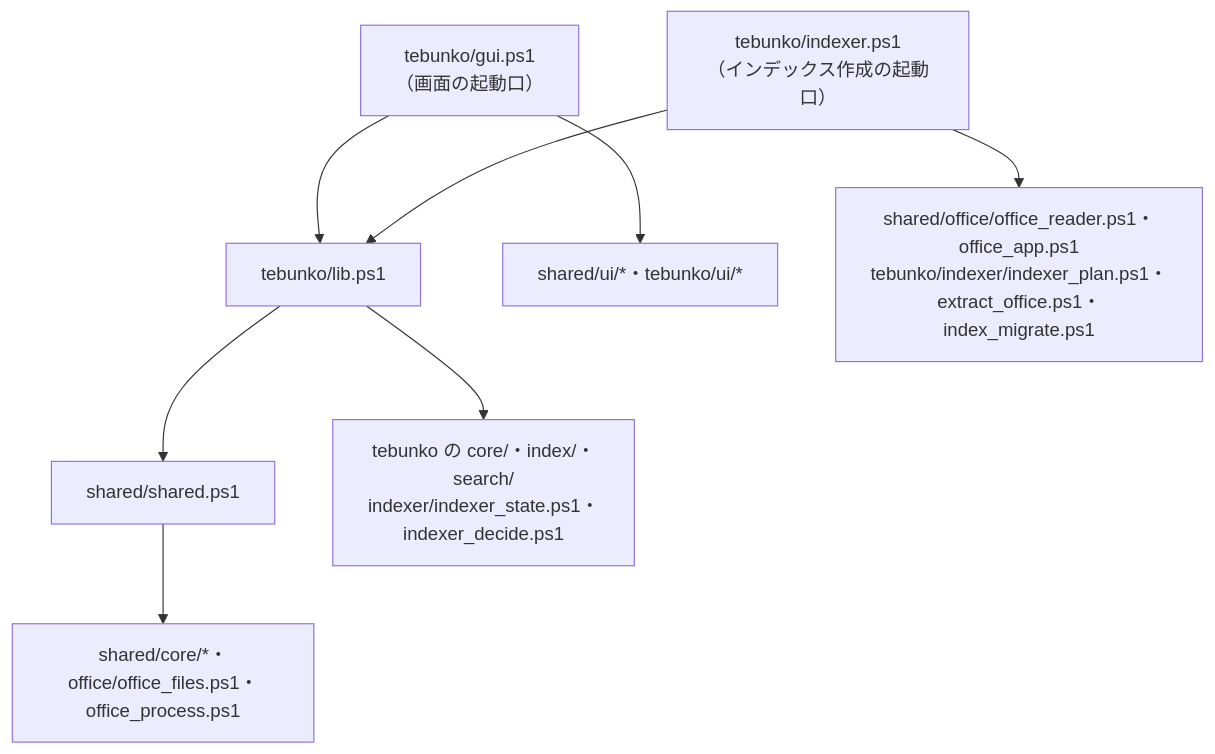
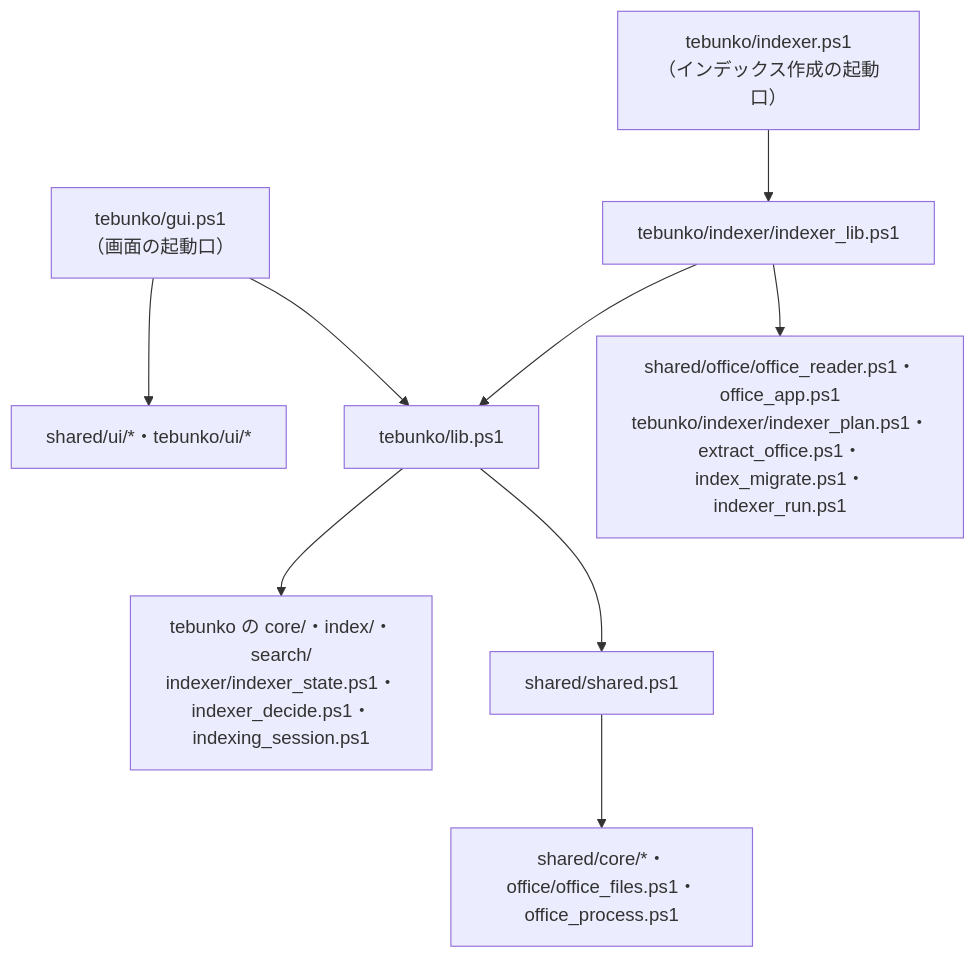
The first of 3 diagrams in docs/00_共通_2_共通モジュール.md (hsgwa/tebunko), drawn with Mermaid before and after one commit. The commit also changed other lines of this file and 69 other files, not shown here.

````diff
--- a/docs/00_共通_2_共通モジュール.md
+++ b/docs/00_共通_2_共通モジュール.md
@@ -40,10 +40,11 @@
 ```mermaid
 flowchart TD
     GUI["tebunko/gui.ps1<br>（画面の起動口）"] --> LIB
-    IDX["tebunko/indexer.ps1<br>（インデックス作成の起動口）"] --> LIB
+    IDX["tebunko/indexer.ps1<br>（インデックス作成の起動口）"]
     GUI --> UI["shared/ui/*・tebunko/ui/*"]
-    IDX --> IXO["shared/office/office_reader.ps1・office_app.ps1<br>tebunko/indexer/indexer_plan.ps1・extract_office.ps1・index_migrate.ps1"]
+    IDX --> IXL["tebunko/indexer/indexer_lib.ps1"] --> IXO["shared/office/office_reader.ps1・office_app.ps1<br>tebunko/indexer/indexer_plan.ps1・extract_office.ps1・index_migrate.ps1・indexer_run.ps1"]
+    IXL --> LIB
     LIB["tebunko/lib.ps1"] --> SH["shared/shared.ps1"]
-    LIB --> TG["tebunko の core/・index/・search/<br>indexer/indexer_state.ps1・indexer_decide.ps1"]
+    LIB --> TG["tebunko の core/・index/・search/<br>indexer/indexer_state.ps1・indexer_decide.ps1・indexing_session.ps1"]
     SH --> SC["shared/core/*・office/office_files.ps1・office_process.ps1"]
 ```
````
